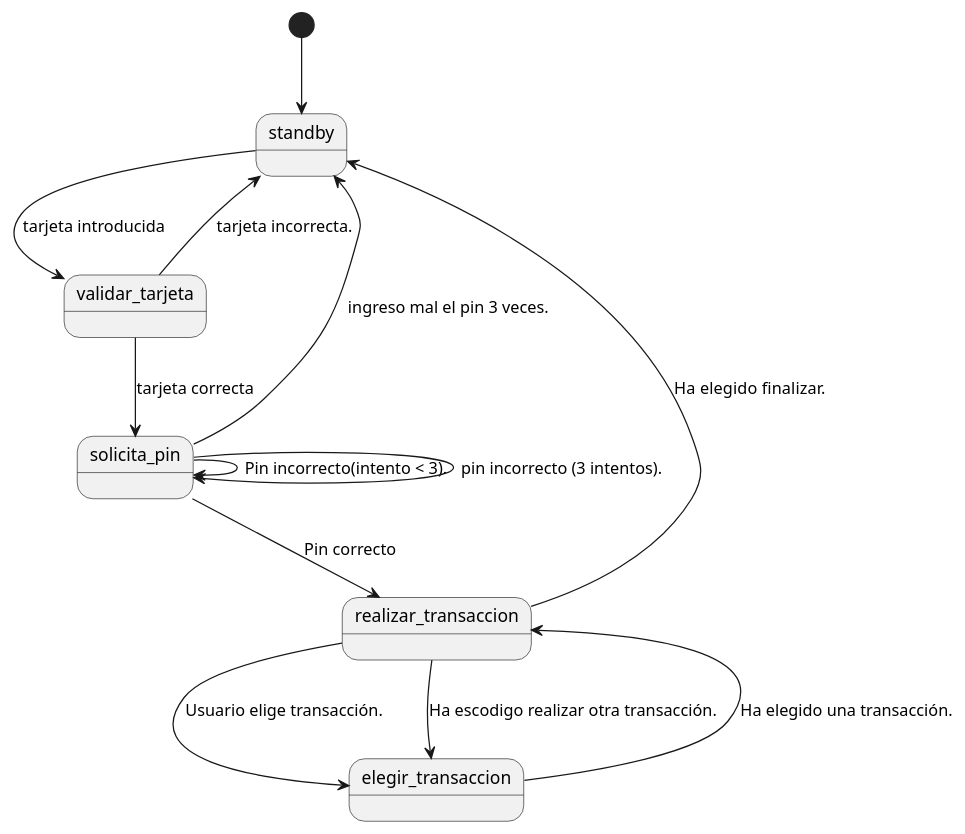
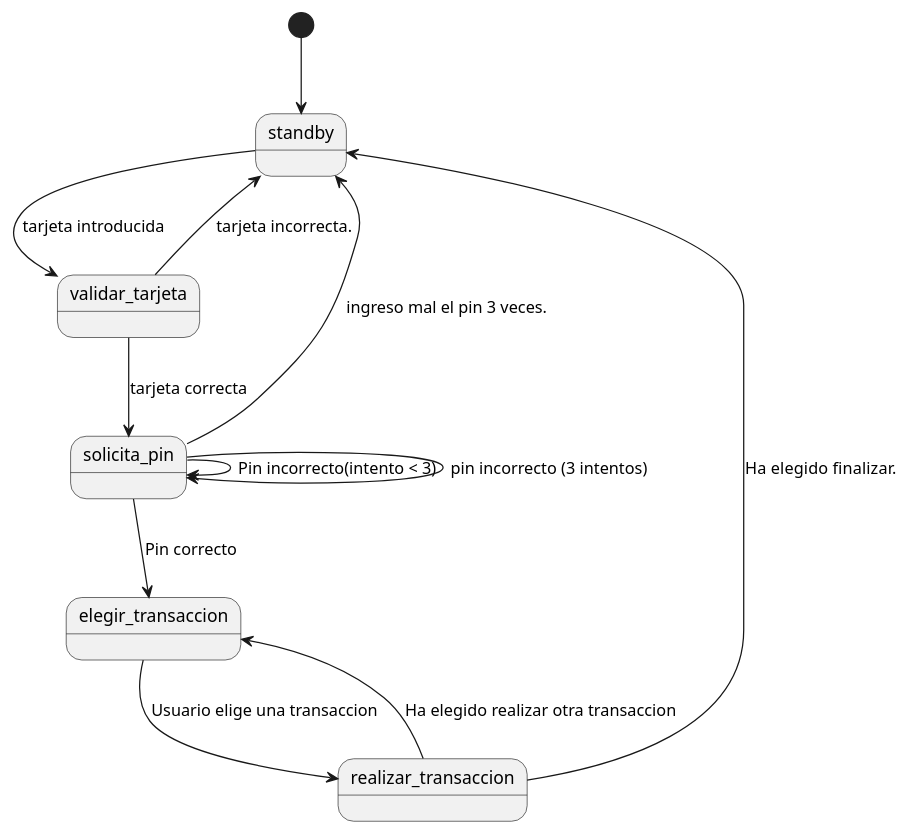
One commit to jesuscb123/diagrama-de-estados-act6.3.2-Cajero changed the diagram in readme.md. Above: the diagram before and after it, drawn with PlantUML. The commit also changed other lines of this file, not shown here.

Commit message:
Añadida la interpretación del plantUML

```diff
--- a/readme.md
+++ b/readme.md
@@ -12,16 +12,15 @@
         @startuml
     [*] --> standby
     standby --> validar_tarjeta: tarjeta introducida
     validar_tarjeta --> solicita_pin: tarjeta correcta
     validar_tarjeta --> standby: tarjeta incorrecta.
     
-    solicita_pin --> realizar_transaccion: Pin correcto
-    solicita_pin --> solicita_pin: Pin incorrecto(intento < 3).
-    solicita_pin --> solicita_pin: pin incorrecto (3 intentos).
+    solicita_pin --> elegir_transaccion: Pin correcto
+    solicita_pin --> solicita_pin: Pin incorrecto(intento < 3)
+    solicita_pin --> solicita_pin: pin incorrecto (3 intentos)
     solicita_pin --> standby: ingreso mal el pin 3 veces.
     
-    realizar_transaccion --> elegir_transaccion: Usuario elige transacción.
-    elegir_transaccion --> realizar_transaccion: Ha elegido una transacción.
-    realizar_transaccion --> elegir_transaccion: Ha escodigo realizar otra transacción.
+    elegir_transaccion --> realizar_transaccion: Usuario elige una transaccion
+    realizar_transaccion --> elegir_transaccion: Ha elegido realizar otra transaccion
     realizar_transaccion --> standby: Ha elegido finalizar.
     @enduml
```
